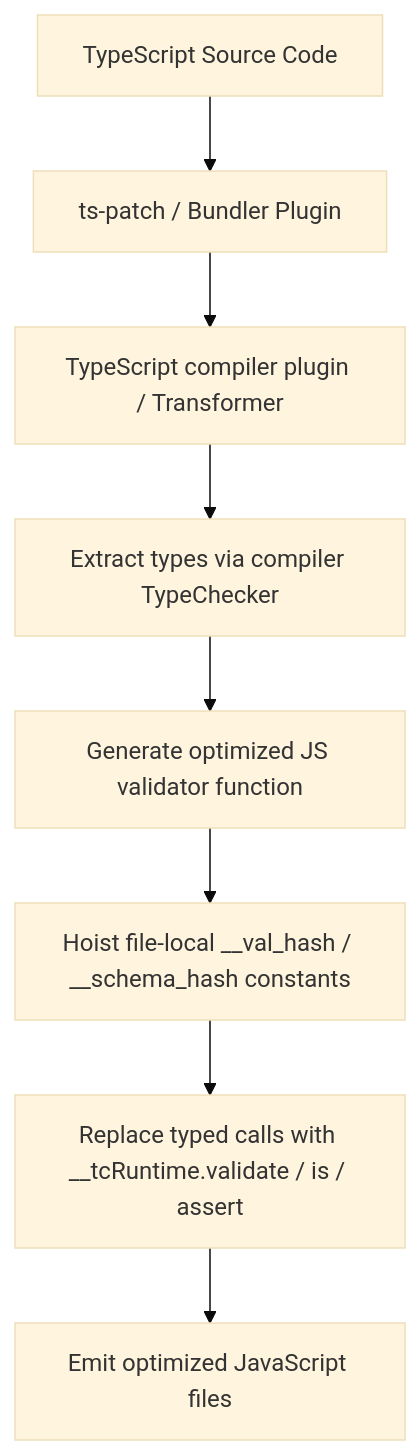
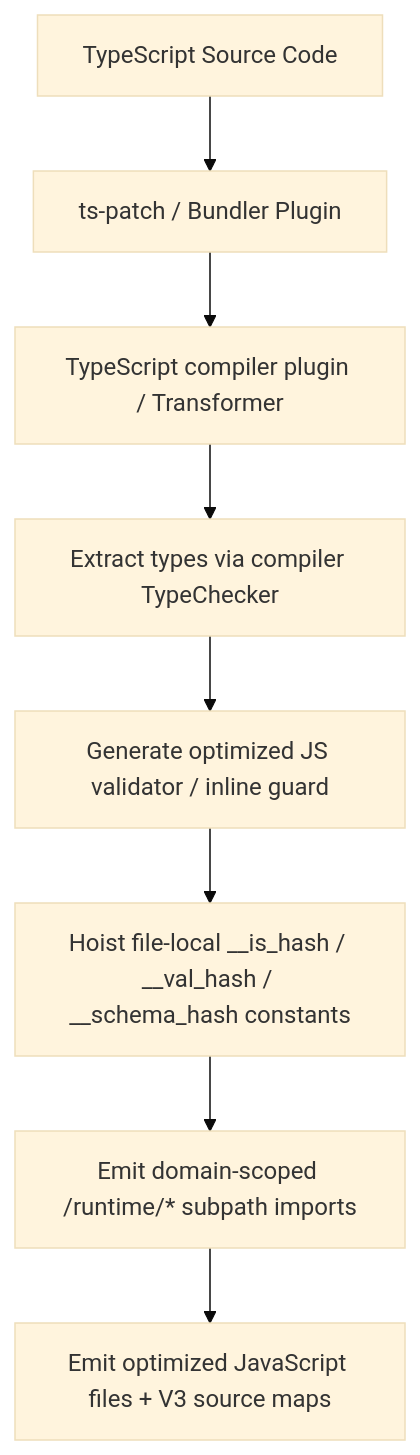
The diagram in README.md (webergency-utils/typechecker), drawn with Mermaid (base theme) before and after one commit. The commit also changed other lines of this file and 50 other files, not shown here.

````diff
--- a/README.md
+++ b/README.md
@@ -129,10 +129,10 @@
 ```mermaid
 graph TD
     A[TypeScript Source Code] --> B[ts-patch / Bundler Plugin]
     B --> C[TypeScript compiler plugin / Transformer]
     C --> D[Extract types via compiler TypeChecker]
-    D --> E[Generate optimized JS validator function]
-    E --> F[Hoist file-local __val_hash / __schema_hash constants]
-    F --> G[Replace typed calls with __tcRuntime.validate / is / assert]
-    G --> H[Emit optimized JavaScript files]
+    D --> E[Generate optimized JS validator / inline guard]
+    E --> F[Hoist file-local __is_hash / __val_hash / __schema_hash constants]
+    F --> G[Emit domain-scoped /runtime/* subpath imports]
+    G --> H[Emit optimized JavaScript files + V3 source maps]
 ```
````
